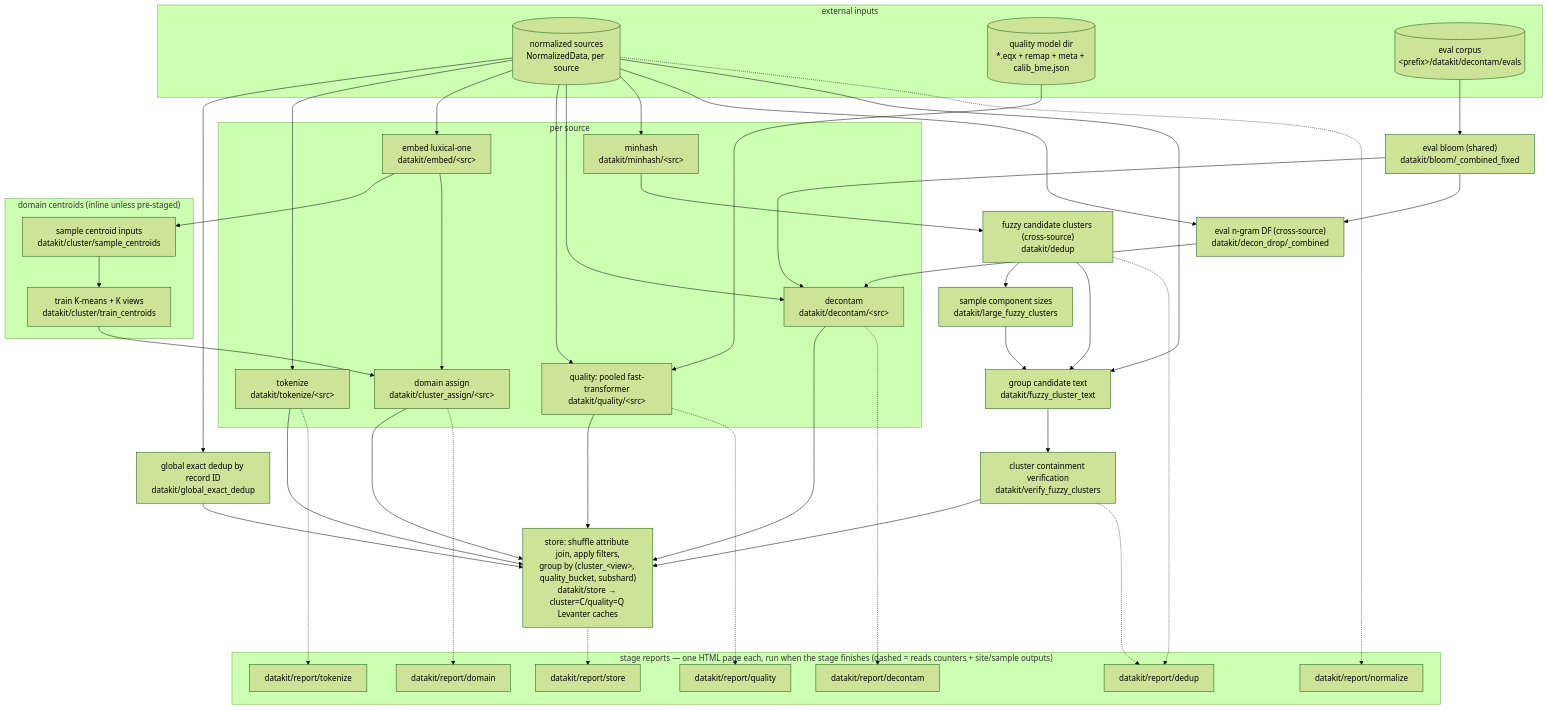
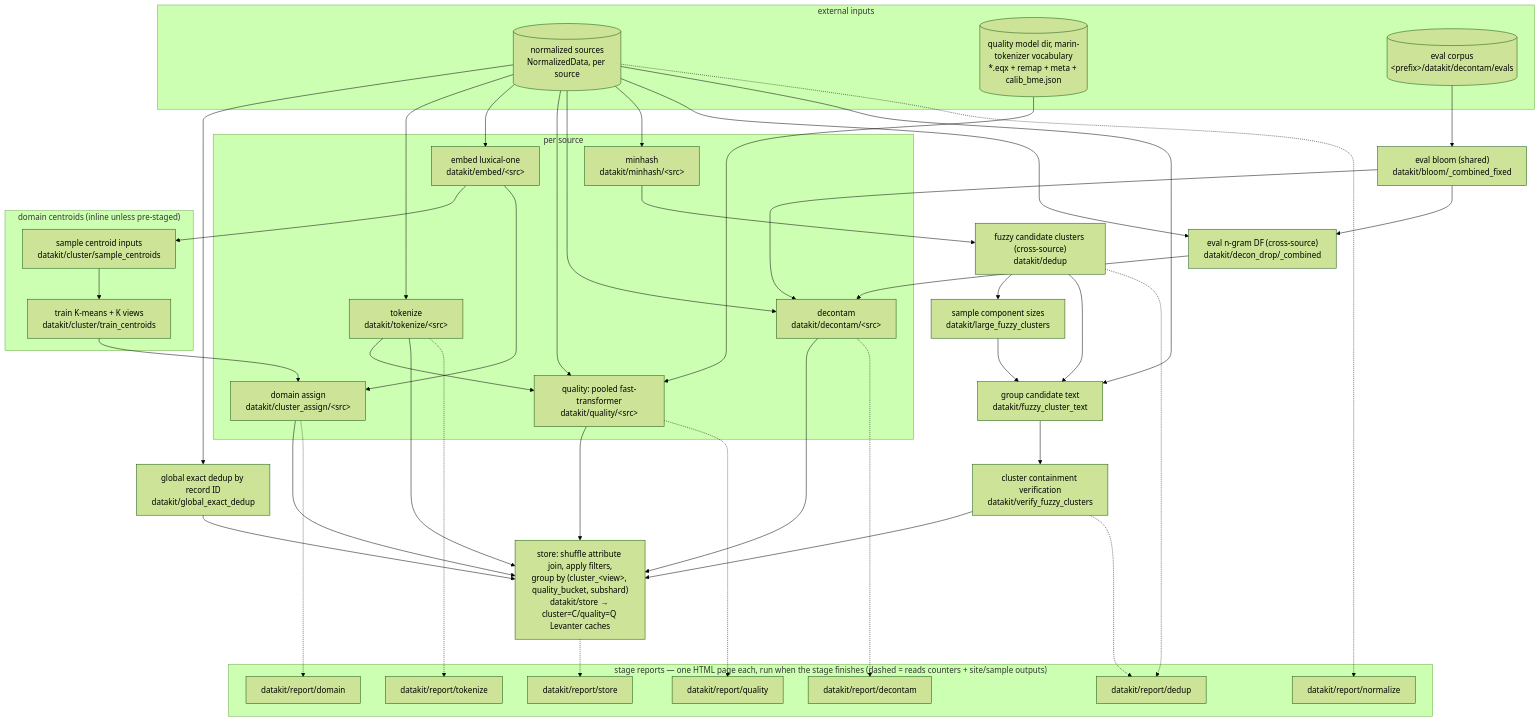
The diagram in experiments/datakit/README.md (marin-community/marin), drawn with Mermaid (forest theme) before and after one commit. The commit also changed 16 other files, not shown here.

````diff
--- a/experiments/datakit/README.md
+++ b/experiments/datakit/README.md
@@ -93,74 +93,75 @@
 ```mermaid
 flowchart TD
     subgraph inputs["external inputs"]
         SRC[("normalized sources<br/>NormalizedData, per source")]
-        MODEL[("quality model dir<br/>*.eqx + remap + meta + calib_bme.json")]
+        MODEL[("quality model dir, marin-tokenizer vocabulary<br/>*.eqx + remap + meta + calib_bme.json")]
         EVALS[("eval corpus<br/>&lt;prefix&gt;/datakit/decontam/evals")]
     end
 
     subgraph per_source["per source"]
         TOK["tokenize<br/>datakit/tokenize/&lt;src&gt;"]
         EMB["embed luxical-one<br/>datakit/embed/&lt;src&gt;"]
         ASG["domain assign<br/>datakit/cluster_assign/&lt;src&gt;"]
         QUAL["quality: pooled fast-transformer<br/>datakit/quality/&lt;src&gt;"]
         DECON["decontam<br/>datakit/decontam/&lt;src&gt;"]
         MH["minhash<br/>datakit/minhash/&lt;src&gt;"]
     end
 
     subgraph domain_model["domain centroids (inline unless pre-staged)"]
         SAMP["sample centroid inputs<br/>datakit/cluster/sample_centroids"]
         KM["train K-means + K views<br/>datakit/cluster/train_centroids"]
     end
 
     BLOOM["eval bloom (shared)<br/>datakit/bloom/_combined_fixed"]
     DF["eval n-gram DF (cross-source)<br/>datakit/decon_drop/_combined"]
     EXACT["global exact dedup by record ID<br/>datakit/global_exact_dedup"]
     DEDUP["fuzzy candidate clusters (cross-source)<br/>datakit/dedup"]
     PLAN["sample component sizes<br/>datakit/large_fuzzy_clusters"]
     TEXT["group candidate text<br/>datakit/fuzzy_cluster_text"]
     VERIFY["cluster containment verification<br/>datakit/verify_fuzzy_clusters"]
     STORE["store: shuffle attribute join, apply filters,<br/>group by (cluster_&lt;view&gt;, quality_bucket, subshard)<br/>datakit/store → cluster=C/quality=Q Levanter caches"]
 
     SRC --> EXACT
     SRC --> TOK
     SRC --> EMB
     SRC --> QUAL
+    TOK --> QUAL
     SRC --> DECON
     SRC --> MH
     MODEL --> QUAL
     EVALS --> BLOOM --> DF --> DECON
     SRC --> DF
     BLOOM --> DECON
     EMB --> SAMP --> KM --> ASG
     EMB --> ASG
     MH --> DEDUP
     DEDUP --> PLAN --> TEXT
     SRC --> TEXT
     DEDUP --> TEXT
     TEXT --> VERIFY
     TOK --> STORE
     ASG --> STORE
     QUAL --> STORE
     DECON --> STORE
     EXACT --> STORE
     VERIFY --> STORE
 
     subgraph reports["stage reports — one HTML page each, run when the stage finishes (dashed = reads counters + site/sample outputs)"]
         RN["datakit/report/normalize"]
         RT["datakit/report/tokenize"]
         RQ["datakit/report/quality"]
         RD["datakit/report/domain"]
         RC["datakit/report/decontam"]
         RU["datakit/report/dedup"]
         RS["datakit/report/store"]
     end
 
     SRC -.-> RN
     TOK -.-> RT
     QUAL -.-> RQ
     ASG -.-> RD
     DECON -.-> RC
     DEDUP -.-> RU
     VERIFY -.-> RU
     STORE -.-> RS
 ```
````
